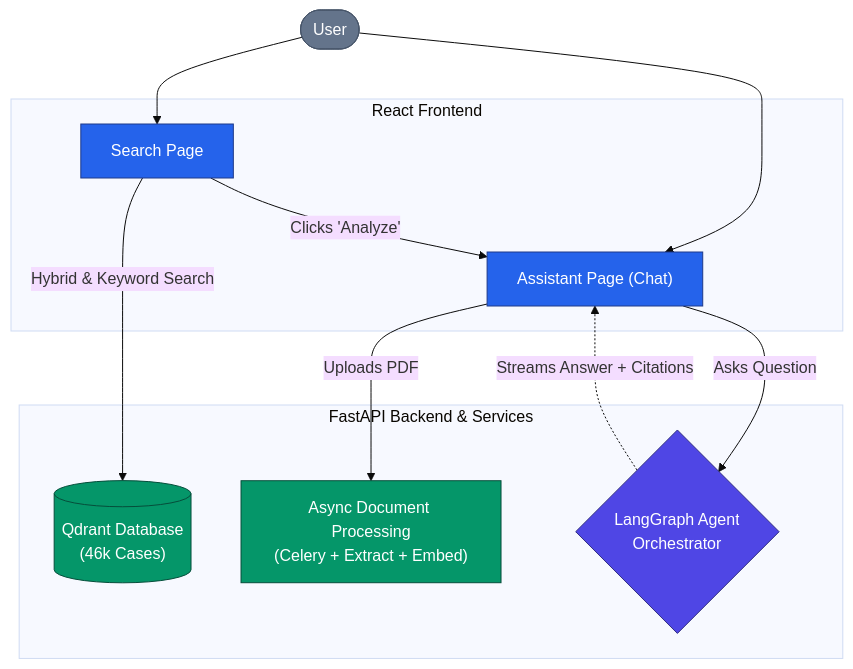
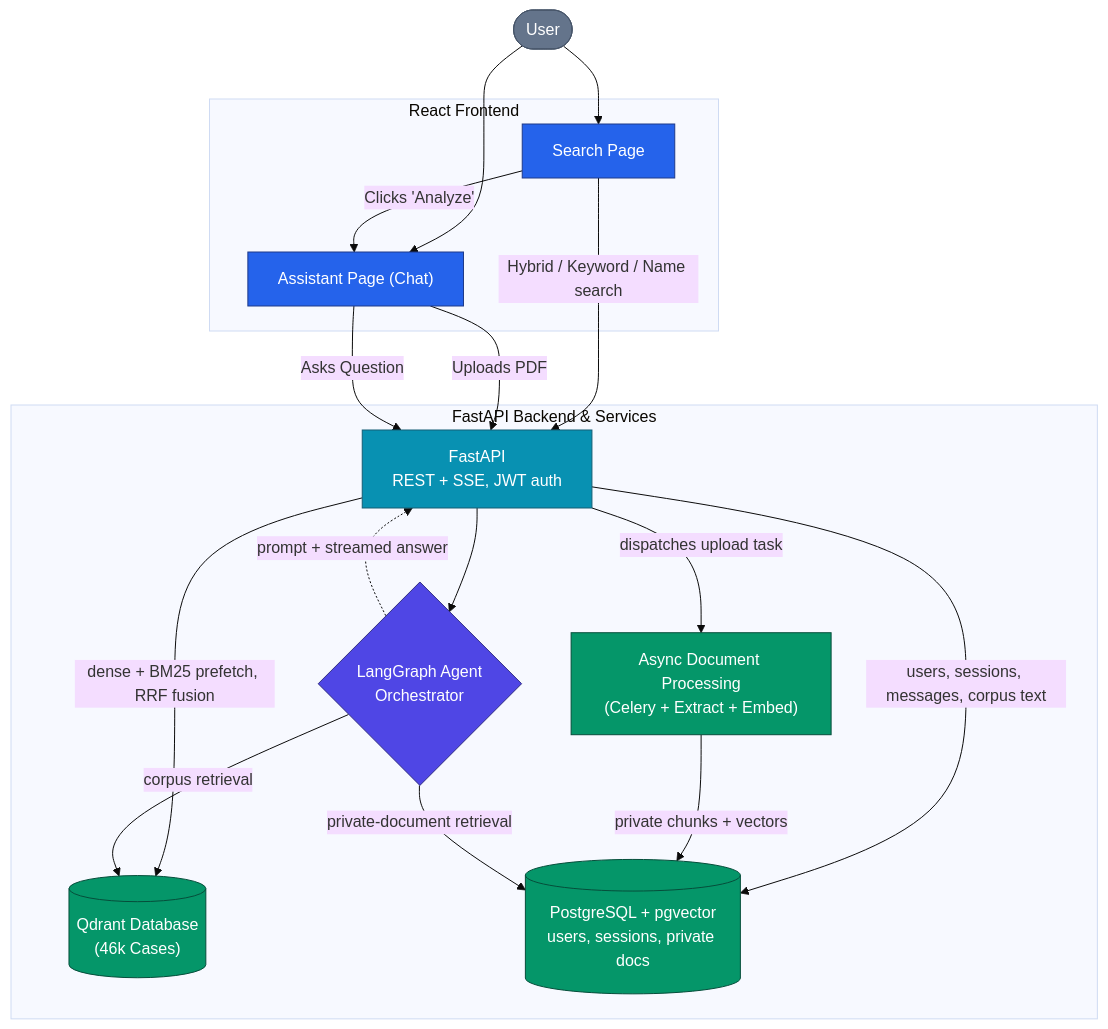
The diagram in README.md (shreedharkb/LexFind), drawn with Mermaid (base theme) before and after one commit. The commit also changed other lines of this file, not shown here.

````diff
--- a/README.md
+++ b/README.md
@@ -35,30 +35,39 @@
 ```mermaid
 flowchart TD
     classDef page fill:#2563eb,stroke:#1e3a8a,color:#fff
     classDef agent fill:#4f46e5,stroke:#312e81,color:#fff
     classDef backend fill:#059669,stroke:#064e3b,color:#fff
+    classDef apiNode fill:#0891b2,stroke:#155e75,color:#fff
     classDef userNode fill:#64748b,stroke:#475569,color:#fff
     
     User([User]):::userNode
     
     subgraph Frontend ["React Frontend"]
         SearchPage["Search Page"]:::page
         AssistantPage["Assistant Page (Chat)"]:::page
     end
     
     subgraph Backend ["FastAPI Backend & Services"]
+        API["FastAPI<br>REST + SSE, JWT auth"]:::apiNode
         Qdrant[("Qdrant Database<br>(46k Cases)")]:::backend
+        Postgres[("PostgreSQL + pgvector<br>users, sessions, private docs")]:::backend
         SyncWorker["Async Document Processing<br>(Celery + Extract + Embed)"]:::backend
         Agent{"LangGraph Agent<br>Orchestrator"}:::agent
     end
     
     User --> SearchPage
     User --> AssistantPage
     
     SearchPage -- "Clicks 'Analyze'" --> AssistantPage
-    SearchPage -- "Hybrid & Keyword Search" --> Qdrant
-    
-    AssistantPage -- "Uploads PDF" --> SyncWorker
-    AssistantPage -- "Asks Question" --> Agent
-    Agent -. "Streams Answer + Citations" .-> AssistantPage
+    SearchPage -- "Hybrid / Keyword / Name search" --> API
+    AssistantPage -- "Uploads PDF" --> API
+    AssistantPage -- "Asks Question" --> API
+    API --> Agent
+    API -- "dense + BM25 prefetch, RRF fusion" --> Qdrant
+    API -- "users, sessions, messages, corpus text" --> Postgres
+    API -- "dispatches upload task" --> SyncWorker
+    SyncWorker -- "private chunks + vectors" --> Postgres
+    Agent -- "corpus retrieval" --> Qdrant
+    Agent -- "private-document retrieval" --> Postgres
+    Agent -. "prompt + streamed answer" .-> API
 ```
````
